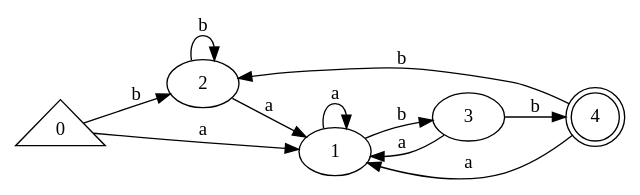
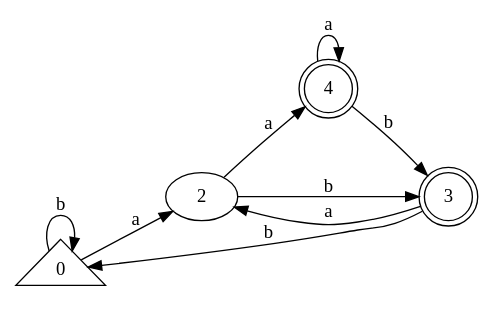
Before and after one commit to guillermoSb/UVG_Compis1_Lab: the diagram in automaton.gv, drawn with Graphviz. The commit also changed 4 other files, not shown here.

```diff
--- a/automaton.gv
+++ b/automaton.gv
@@ -1,18 +1,15 @@
 digraph {
 	graph [rankdir=LR]
 	0 [shape=triangle]
 	2
-	1
-	3
 	4 [shape=doublecircle]
-	0 -> 1 [label=a]
-	0 -> 2 [label=b]
-	2 -> 1 [label=a]
-	2 -> 2 [label=b]
-	1 -> 1 [label=a]
-	1 -> 3 [label=b]
-	3 -> 1 [label=a]
-	3 -> 4 [label=b]
-	4 -> 1 [label=a]
-	4 -> 2 [label=b]
+	3 [shape=doublecircle]
+	0 -> 0 [label=b]
+	0 -> 2 [label=a]
+	2 -> 3 [label=b]
+	2 -> 4 [label=a]
+	4 -> 3 [label=b]
+	4 -> 4 [label=a]
+	3 -> 0 [label=b]
+	3 -> 2 [label=a]
 }
```
